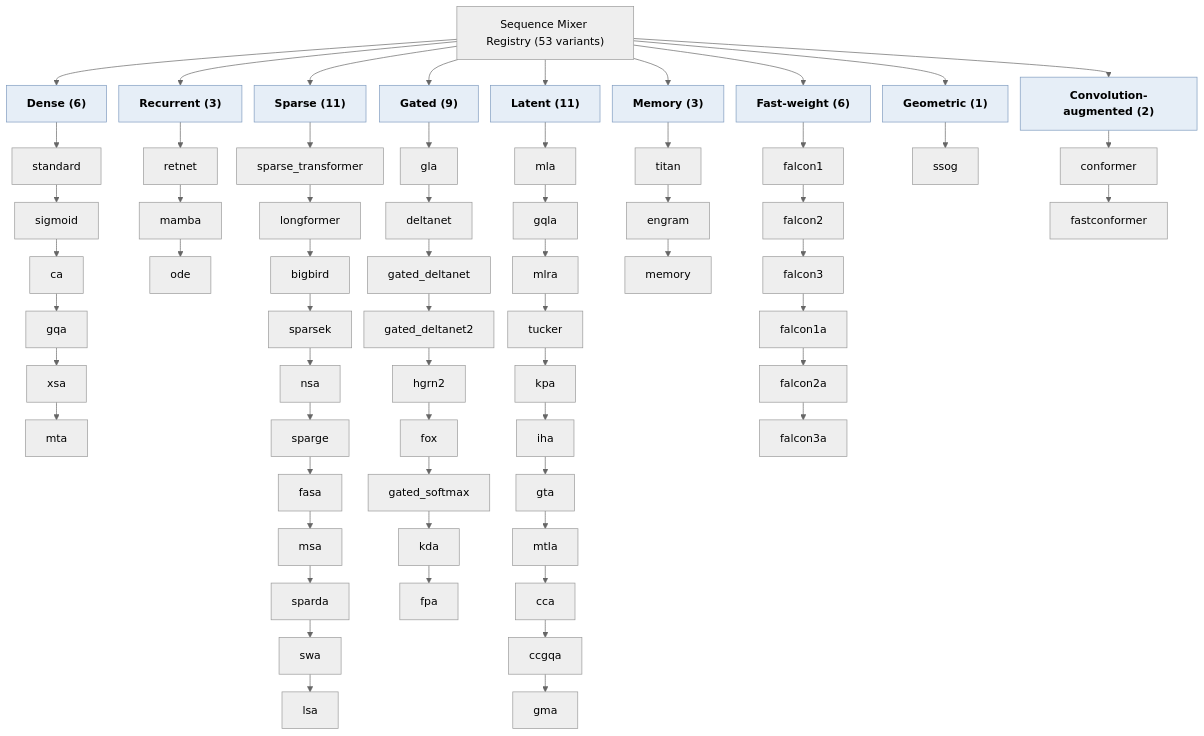
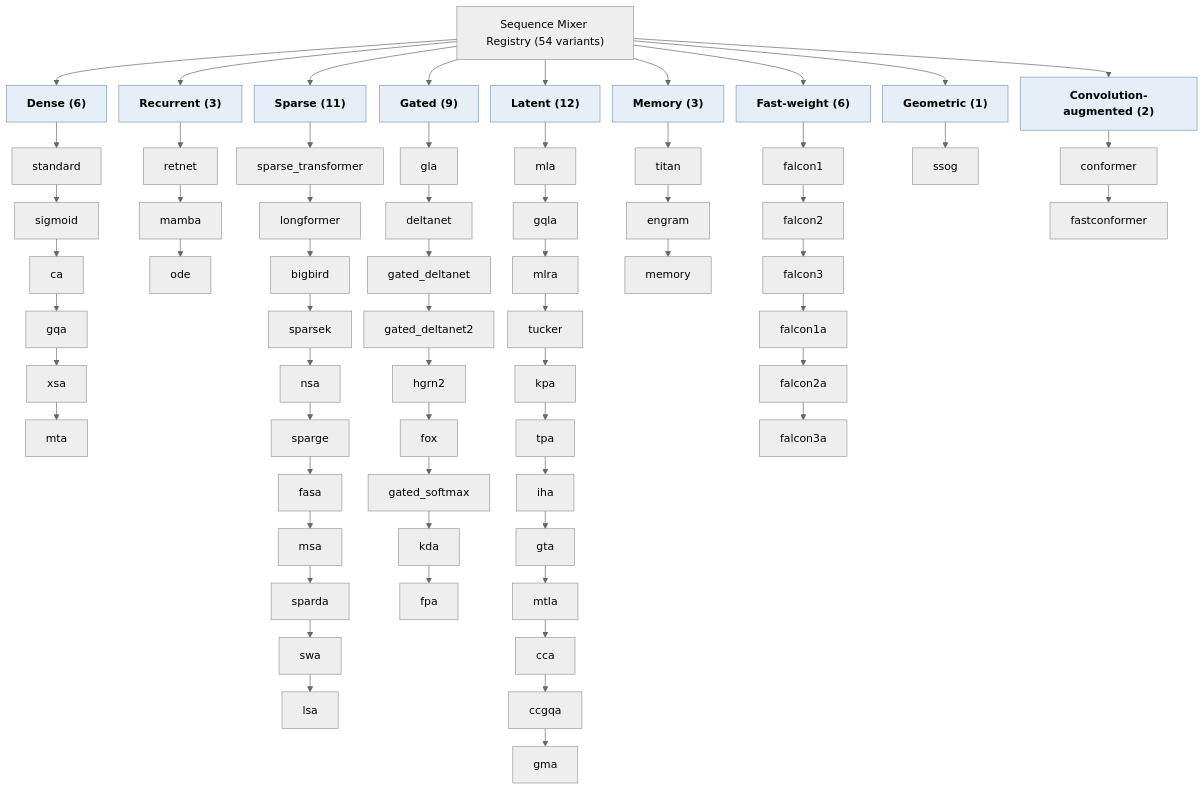
One commit to erickfmm/frankenstein-transformer changed the diagram in docs/paper/figures/mixer-taxonomy.mmd. Above: the diagram before and after it, drawn with Mermaid. The commit also changed 46 other files, not shown here.

```diff
--- a/docs/paper/figures/mixer-taxonomy.mmd
+++ b/docs/paper/figures/mixer-taxonomy.mmd
@@ -1,34 +1,34 @@
 %%{init: {"theme":"neutral","flowchart":{"curve":"basis","nodeSpacing":18,"rankSpacing":26}}}%%
 flowchart TD
-  root["Sequence Mixer Registry (53 variants)"]
+  root["Sequence Mixer Registry (54 variants)"]
 
   d["Dense (6)"] --> d1["standard"] --> d2["sigmoid"] --> d2b["ca"] --> d3["gqa"] --> d4["xsa"] --> d5["mta"]
 
   r["Recurrent (3)"] --> r1["retnet"] --> r2["mamba"] --> r3["ode"]
 
   s["Sparse (11)"] --> s1["sparse_transformer"] --> s2["longformer"] --> s3["bigbird"] --> s4["sparsek"] --> s5["nsa"] --> s6["sparge"] --> s7["fasa"] --> s8["msa"] --> s9["sparda"] --> s10["swa"] --> s11["lsa"]
 
   g["Gated (9)"] --> g1["gla"] --> g2["deltanet"] --> g3["gated_deltanet"] --> g4["gated_deltanet2"] --> g5["hgrn2"] --> g6["fox"] --> g7["gated_softmax"] --> g8["kda"] --> g9["fpa"]
 
-  l["Latent (11)"] --> l1["mla"] --> l2["gqla"] --> l3["mlra"] --> l4["tucker"] --> l5["kpa"] --> l6["iha"] --> l7["gta"] --> l8["mtla"] --> l9["cca"] --> l10["ccgqa"] --> l11["gma"]
+  l["Latent (12)"] --> l1["mla"] --> l2["gqla"] --> l3["mlra"] --> l4["tucker"] --> l5["kpa"] --> l5b["tpa"] --> l6["iha"] --> l7["gta"] --> l8["mtla"] --> l9["cca"] --> l10["ccgqa"] --> l11["gma"]
 
   m["Memory (3)"] --> m1["titan"] --> m2["engram"] --> m3["memory"]
 
   f["Fast-weight (6)"] --> f1["falcon1"] --> f2["falcon2"] --> f3["falcon3"] --> f4["falcon1a"] --> f5["falcon2a"] --> f6["falcon3a"]
 
   x["Geometric (1)"] --> x1["ssog"]
 
   c["Convolution-augmented (2)"] --> c1["conformer"] --> c2["fastconformer"]
 
   root --> d
   root --> r
   root --> s
   root --> g
   root --> l
   root --> m
   root --> f
   root --> x
   root --> c
 
   classDef category fill:#e6eef7,stroke:#7f9bbf,font-weight:bold
   class d,r,s,g,l,m,f,x,c category
```
